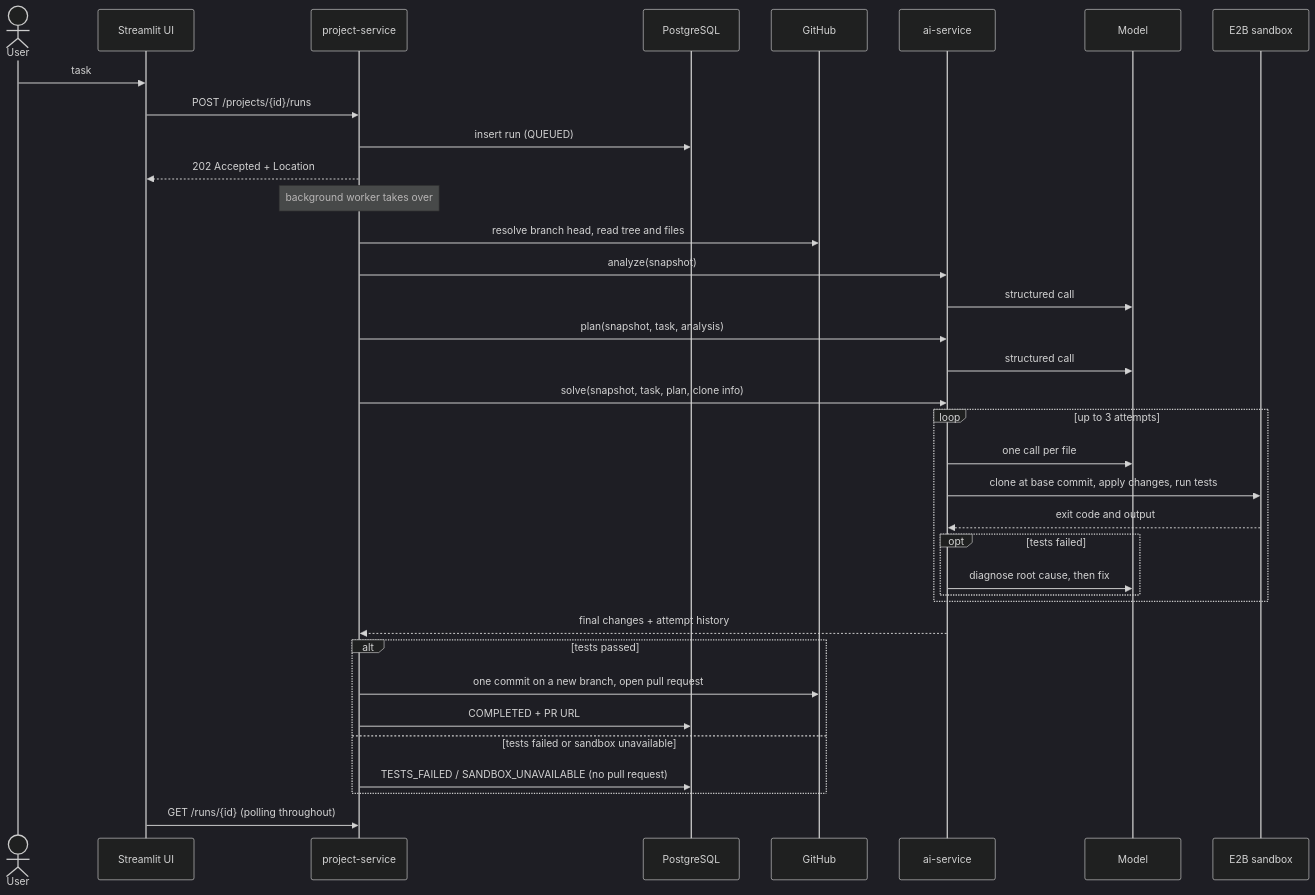
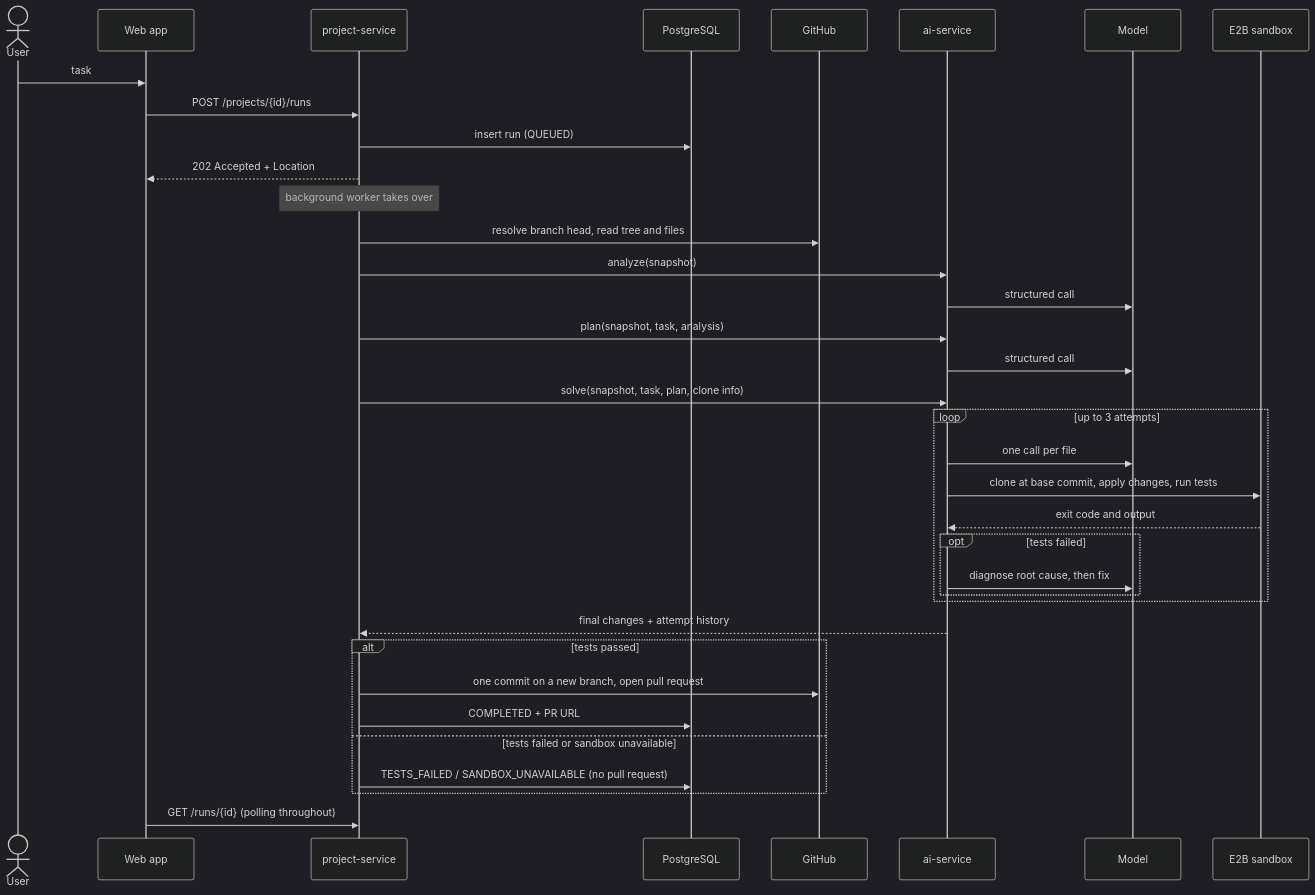
The first of 2 diagrams in docs/architecture.md (priyanshujhagithub/ForgeAI), drawn with Mermaid (dark theme) before and after one commit. The commit also changed other lines of this file and 70 other files, not shown here.

First line of the commit message:
Add React web app

````diff
--- a/docs/architecture.md
+++ b/docs/architecture.md
@@ -25,43 +25,43 @@
 ```mermaid
 sequenceDiagram
     actor User
-    participant UI as Streamlit UI
+    participant UI as Web app
     participant J as project-service
     participant DB as PostgreSQL
     participant GH as GitHub
     participant P as ai-service
     participant M as Model
     participant S as E2B sandbox
 
     User->>UI: task
     UI->>J: POST /projects/{id}/runs
     J->>DB: insert run (QUEUED)
     J-->>UI: 202 Accepted + Location
     Note over J: background worker takes over
 
     J->>GH: resolve branch head, read tree and files
     J->>P: analyze(snapshot)
     P->>M: structured call
     J->>P: plan(snapshot, task, analysis)
     P->>M: structured call
     J->>P: solve(snapshot, task, plan, clone info)
 
     loop up to 3 attempts
         P->>M: one call per file
         P->>S: clone at base commit, apply changes, run tests
         S-->>P: exit code and output
         opt tests failed
             P->>M: diagnose root cause, then fix
         end
     end
 
     P-->>J: final changes + attempt history
     alt tests passed
         J->>GH: one commit on a new branch, open pull request
         J->>DB: COMPLETED + PR URL
     else tests failed or sandbox unavailable
         J->>DB: TESTS_FAILED / SANDBOX_UNAVAILABLE (no pull request)
     end
 
     UI->>J: GET /runs/{id} (polling throughout)
 ```
````
